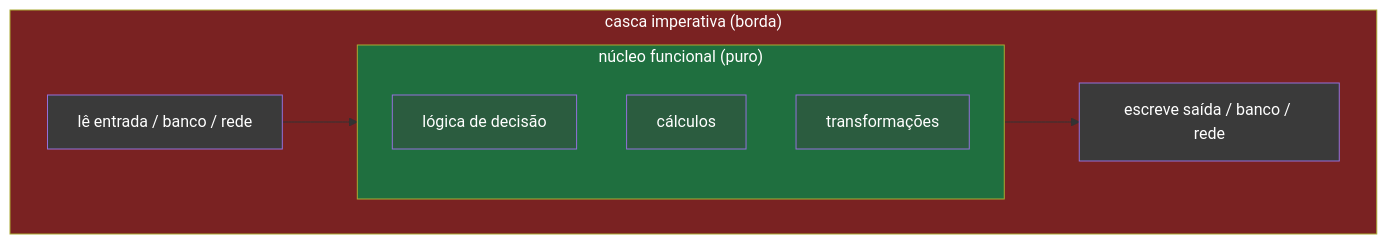
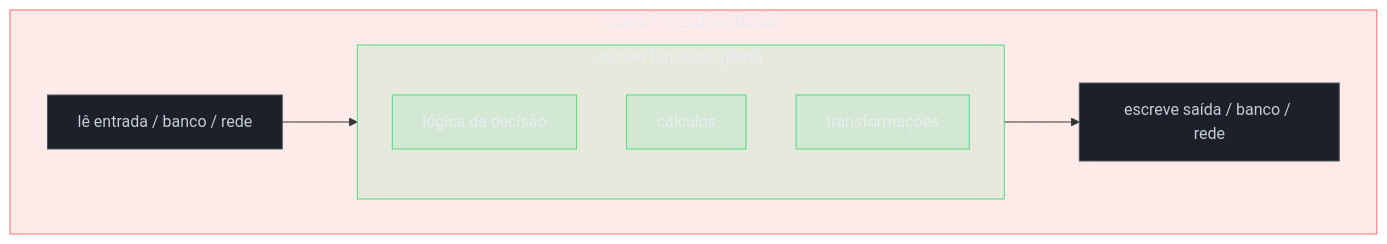
The fourth of 4 diagrams in 03-Dominios/Ciência/Paradigmas/07 - Funções puras e efeitos colaterais.md (josenaldo/codex-technomanticus), drawn with Mermaid before and after one commit. The commit also changed other lines of this file and 1181 other files, not shown here.

First line of the commit message:
fix(diagramas): paleta do sistema no lugar de cor cravada no markdown

````diff
--- a/03-Dominios/Ciência/Paradigmas/07 - Funções puras e efeitos colaterais.md
+++ b/03-Dominios/Ciência/Paradigmas/07 - Funções puras e efeitos colaterais.md
@@ -198,20 +205,23 @@
 ```mermaid
 flowchart TB
+    classDef falha fill:#FF6B6B24,stroke:#FF6B6B,color:#E9ECF2
+    classDef ok fill:#4ADE8021,stroke:#4ADE80,color:#E9ECF2
+    classDef neutro fill:#1B2029,stroke:#4E5666,color:#C6CCD8
     subgraph SHELL["casca imperativa (borda)"]
         IN["lê entrada / banco / rede"] --> CORE
         CORE --> OUT["escreve saída / banco / rede"]
         subgraph CORE["núcleo funcional (puro)"]
             L["lógica de decisão"]
             C["cálculos"]
             T["transformações"]
         end
     end
 
-    style SHELL fill:#7a2222,color:#fff
-    style CORE fill:#1f6f3f,color:#fff
-    style L fill:#2b5c3f,color:#fff
-    style C fill:#2b5c3f,color:#fff
-    style T fill:#2b5c3f,color:#fff
-    style IN fill:#3a3a3a,color:#fff
-    style OUT fill:#3a3a3a,color:#fff
+    class SHELL falha
+    class CORE ok
+    class L ok
+    class C ok
+    class T ok
+    class IN neutro
+    class OUT neutro
 ```
````
